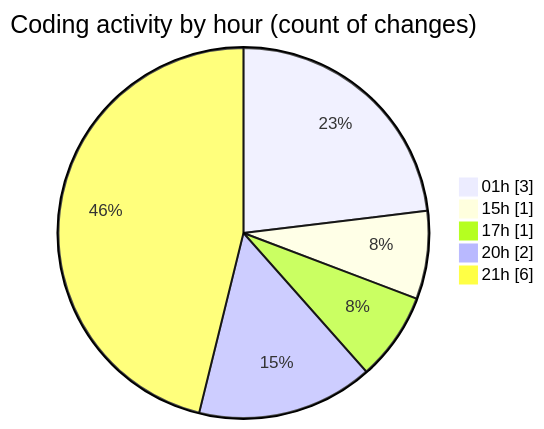
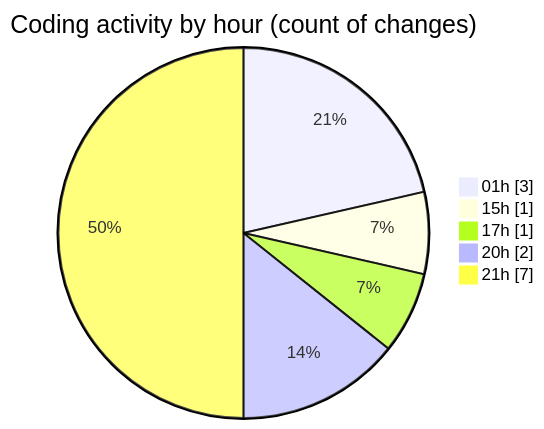
One commit to julien-gomy/code-tracking changed the second of 2 diagrams in 2025-11-24/eventscop-api-guide__workspace_/README.md. Above: the diagram before and after it, drawn with Mermaid. The commit also changed other lines of this file and 1 other file, not shown here.

````diff
--- a/2025-11-24/eventscop-api-guide__workspace_/README.md
+++ b/2025-11-24/eventscop-api-guide__workspace_/README.md
@@ -32,9 +32,9 @@
 ```mermaid
 pie showData
 title Coding activity by hour (count of changes)
 "01h" : 3
 "15h" : 1
 "17h" : 1
 "20h" : 2
-"21h" : 6
+"21h" : 7
 ```
````
